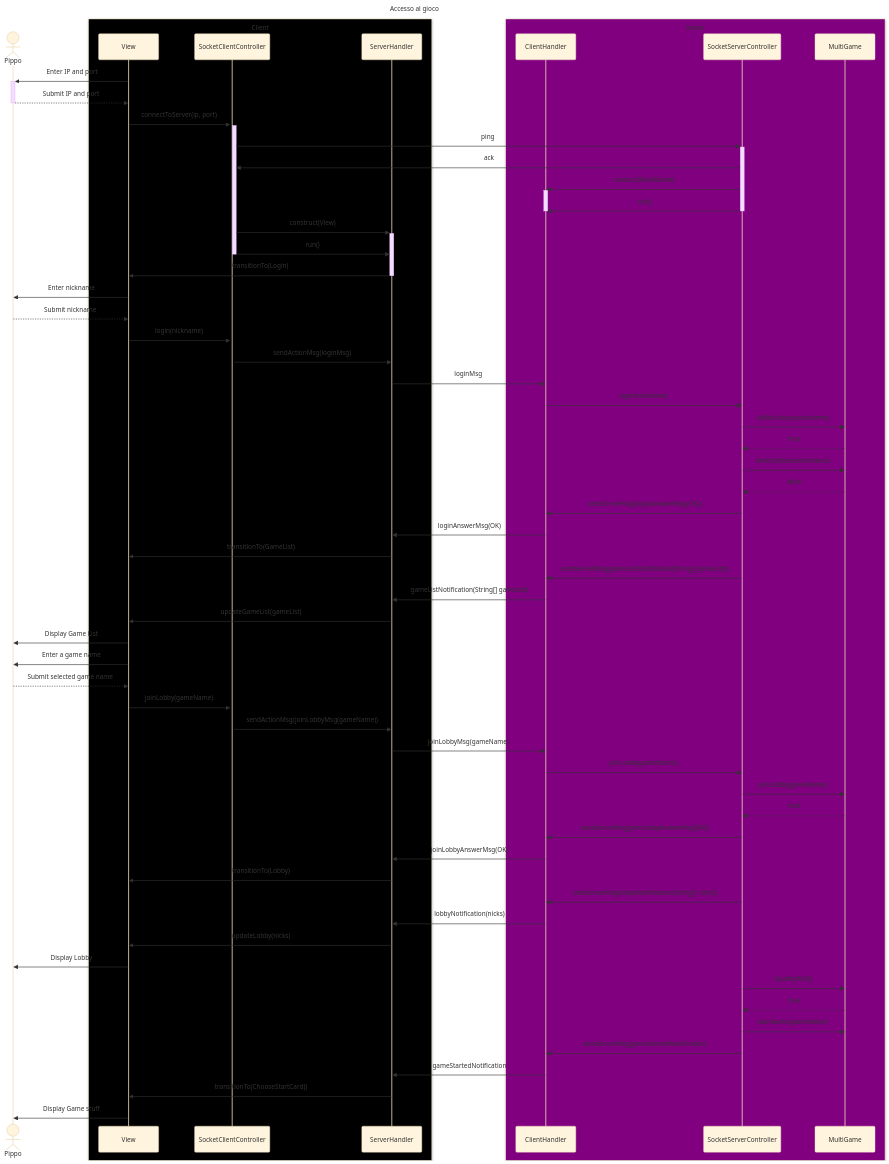
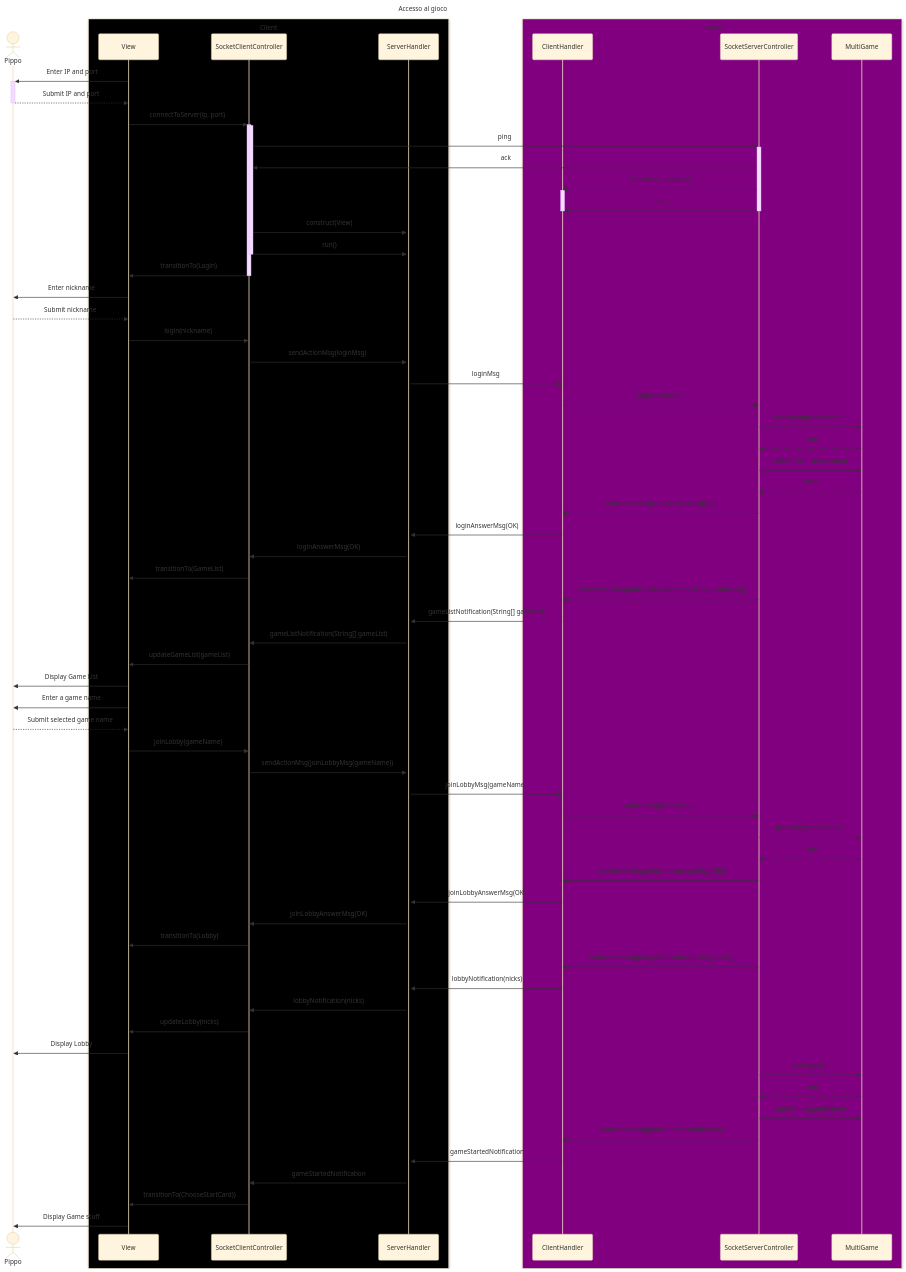
Before and after one commit to Software-Engineering-Project-PoliMi2024/ing-sw-2024-Figini-Ginefra-Grisoni-Lanzafame: the diagram in deliverable/Seq_Diagrams/AccessoAlGioco.md, drawn with Mermaid (base theme).

Commit message:
fix: add sequence from ServerHandler to SocketClientController

```diff
--- a/deliverable/Seq_Diagrams/AccessoAlGioco.md
+++ b/deliverable/Seq_Diagrams/AccessoAlGioco.md
@@ -30,7 +30,7 @@
     SocketClientController ->> +ServerHandler : construct(View)
     SocketClientController ->> ServerHandler : run()
     deactivate SocketClientController
-    ServerHandler ->> -View : transitionTo(Login)
+    SocketClientController ->> -View : transitionTo(Login)
 
     View ->> Pippo : Enter nickname
     Pippo -->> View : Submit nickname
@@ -54,14 +54,15 @@
     SocketServerController ->> ClientHandler : sendServerMsg(loginAnswerMsg(OK))
 
     ClientHandler ->> ServerHandler : loginAnswerMsg(OK)
-
-    ServerHandler ->> View : transitionTo(GameList)
+    ServerHandler ->> SocketClientController : loginAnswerMsg(OK)
+    
+    SocketClientController ->> View : transitionTo(GameList)
 
     SocketServerController ->> ClientHandler : sendServerMsg(gameListNotification(String[] gameList))
 
     ClientHandler ->> ServerHandler : gameListNotification(String[] gameList)
-
-    ServerHandler ->> View : updateGameList(gameList)
+    ServerHandler ->> SocketClientController : gameListNotification(String[] gameList)
+    SocketClientController ->> View : updateGameList(gameList)
 
     View ->> Pippo : Display Game List
 
@@ -86,13 +87,15 @@
 
     ClientHandler ->> ServerHandler : joinLobbyAnswerMsg(OK)
 
-    ServerHandler ->> View : transitionTo(Lobby)
+    ServerHandler ->> SocketClientController : joinLobbyAnswerMsg(OK)
+
+    SocketClientController ->> View : transitionTo(Lobby)
 
     SocketServerController ->> ClientHandler : sendServerMsg(lobbyNotification(String[] nicks))
 
     ClientHandler ->> ServerHandler : lobbyNotification(nicks)
-
-    ServerHandler ->> View : updateLobby(nicks)
+    ServerHandler ->> SocketClientController : lobbyNotification(nicks)
+    SocketClientController ->> View : updateLobby(nicks)
 
     View ->> Pippo : Display Lobby
 
@@ -105,8 +108,8 @@
     SocketServerController ->> ClientHandler : sendServerMsg(gameStartedNotification)
 
     ClientHandler ->> ServerHandler : gameStartedNotification
-
-    ServerHandler ->> View : transitionTo(ChooseStartCard))
+    ServerHandler ->> SocketClientController : gameStartedNotification
+    SocketClientController ->> View : transitionTo(ChooseStartCard))
 
     View ->> Pippo : Display Game stuff
 
```
